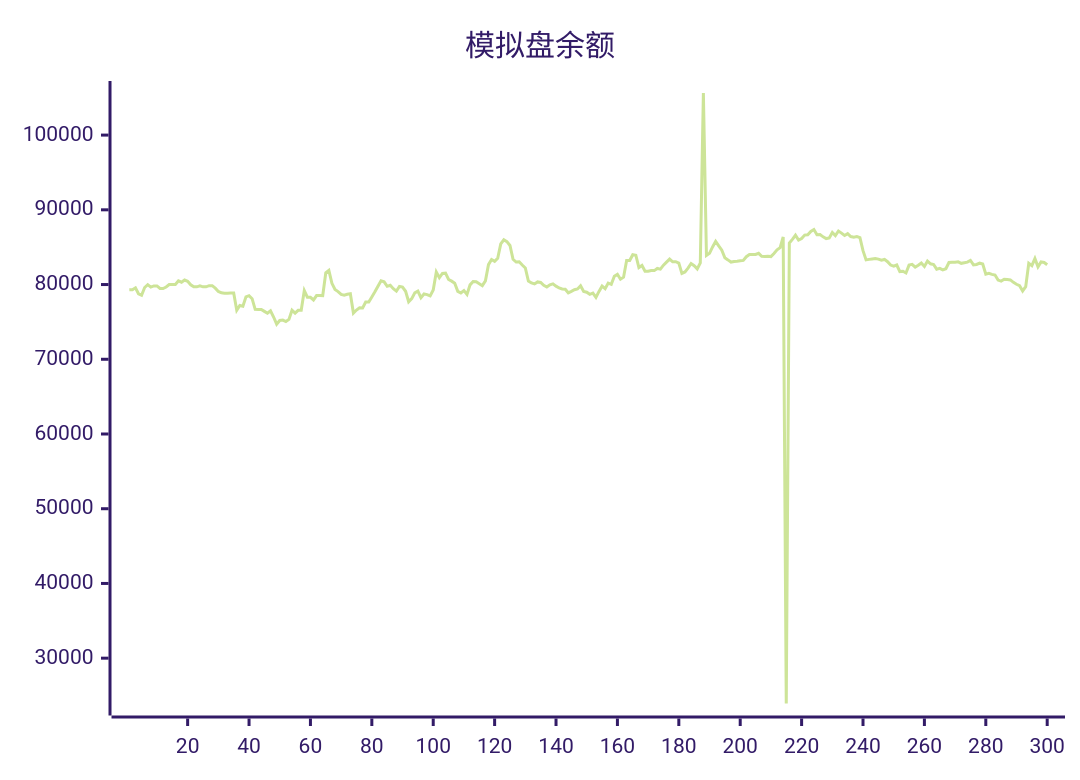
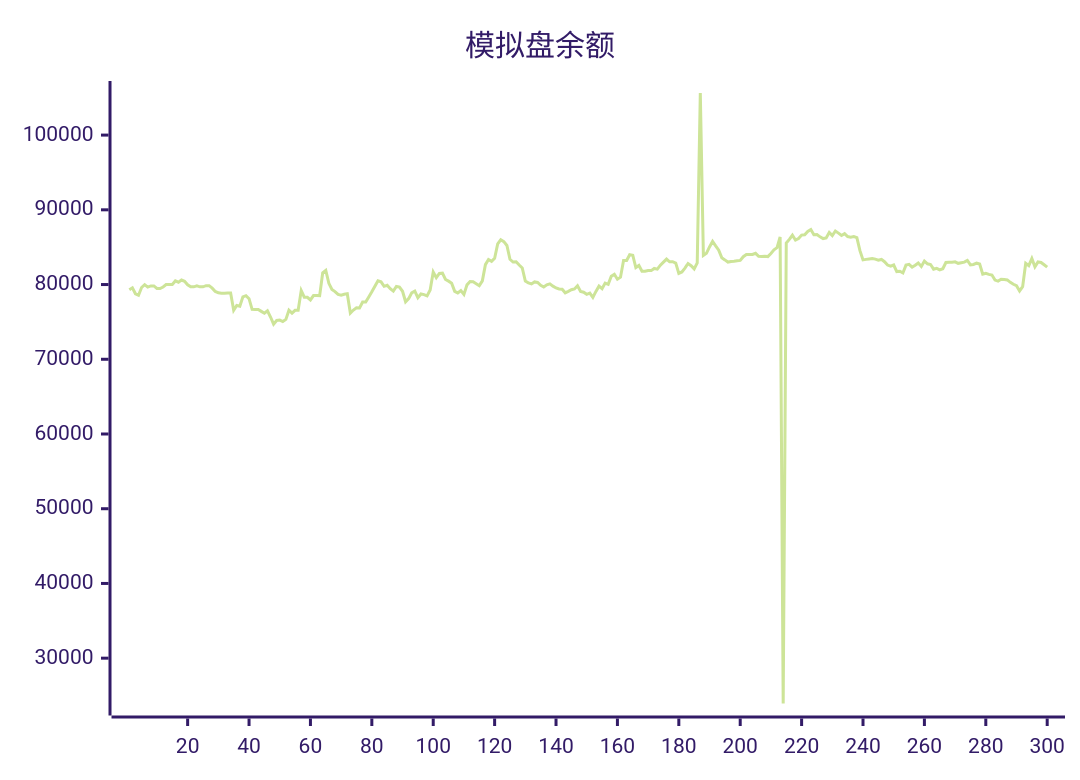
One commit to aahl/ai-trading changed the diagram in README.md. Above: the diagram before and after it, drawn with Mermaid (forest theme). The commit also changed other lines of this file and 1 other file, not shown here.

````diff
--- a/README.md
+++ b/README.md
@@ -5,5 +5,5 @@
 ```mermaid
 xychart
     title "模拟盘余额"
-    line [79290,79308,79567,78763,78563,79603,79988,79652,79813,79813,79476,79469,79673,79995,80015,80015,80486,80314,80600,80436,79966,79689,79689,79819,79692,79692,79850,79850,79518,79071,78889,78850,78850,78878,78878,76554,77202,77103,78357,78510,78106,76678,76677,76672,76411,76159,76485,75656,74695,75197,75246,75052,75334,76564,76179,76553,76551,79196,78300,78300,77944,78531,78531,78521,81564,81884,80160,79335,79055,78675,78580,78708,78764,76179,76586,76902,76876,77658,77669,78346,79023,79769,80497,80366,79761,79896,79448,79126,79749,79658,79097,77695,78114,78888,79126,78249,78738,78653,78478,79271,81680,80923,81488,81527,80681,80455,80190,79084,78879,79193,78686,79954,80403,80374,80118,79848,80491,82665,83351,83098,83525,85430,85983,85737,85221,83378,83014,83043,82613,82216,80477,80208,80081,80348,80277,79894,79670,79965,80093,79786,79542,79406,79371,78893,79087,79304,79406,79841,79072,78978,78696,78846,78272,79085,79787,79442,80198,80031,81120,81379,80718,80985,83214,83212,83993,83921,82270,82547,81776,81776,81866,81866,82158,82061,82596,83000,83408,83041,83050,82858,81503,81691,82188,82812,82517,82092,82901,105633,83898,84180,85030,85781,85178,84604,83569,83298,83008,83093,83107,83175,83228,83729,84025,84017,84019,84177,83775,83762,83785,83738,84160,84639,84939,86370,23934,85548,86046,86599,85942,86161,86622,86664,87115,87369,86666,86685,86384,86152,86243,86969,86548,87164,86885,86566,86809,86427,86348,86417,86273,84538,83299,83369,83430,83490,83404,83270,83362,83056,82605,82459,82614,81734,81788,81551,82598,82702,82320,82580,82878,82426,83139,82778,82686,82056,82166,81963,82110,82951,82983,82984,83038,82838,82915,82998,83235,82642,82682,82858,82746,81396,81512,81362,81277,80600,80461,80699,80673,80616,80288,80038,79836,79142,79722,82837,82533,83480,82366,83032,82960,82654]
+    line [79308,79567,78763,78563,79603,79988,79652,79813,79813,79476,79469,79673,79995,80015,80015,80486,80314,80600,80436,79966,79689,79689,79819,79692,79692,79850,79850,79518,79071,78889,78850,78850,78878,78878,76554,77202,77103,78357,78510,78106,76678,76677,76672,76411,76159,76485,75656,74695,75197,75246,75052,75334,76564,76179,76553,76551,79196,78300,78300,77944,78531,78531,78521,81564,81884,80160,79335,79055,78675,78580,78708,78764,76179,76586,76902,76876,77658,77669,78346,79023,79769,80497,80366,79761,79896,79448,79126,79749,79658,79097,77695,78114,78888,79126,78249,78738,78653,78478,79271,81680,80923,81488,81527,80681,80455,80190,79084,78879,79193,78686,79954,80403,80374,80118,79848,80491,82665,83351,83098,83525,85430,85983,85737,85221,83378,83014,83043,82613,82216,80477,80208,80081,80348,80277,79894,79670,79965,80093,79786,79542,79406,79371,78893,79087,79304,79406,79841,79072,78978,78696,78846,78272,79085,79787,79442,80198,80031,81120,81379,80718,80985,83214,83212,83993,83921,82270,82547,81776,81776,81866,81866,82158,82061,82596,83000,83408,83041,83050,82858,81503,81691,82188,82812,82517,82092,82901,105633,83898,84180,85030,85781,85178,84604,83569,83298,83008,83093,83107,83175,83228,83729,84025,84017,84019,84177,83775,83762,83785,83738,84160,84639,84939,86370,23934,85548,86046,86599,85942,86161,86622,86664,87115,87369,86666,86685,86384,86152,86243,86969,86548,87164,86885,86566,86809,86427,86348,86417,86273,84538,83299,83369,83430,83490,83404,83270,83362,83056,82605,82459,82614,81734,81788,81551,82598,82702,82320,82580,82878,82426,83139,82778,82686,82056,82166,81963,82110,82951,82983,82984,83038,82838,82915,82998,83235,82642,82682,82858,82746,81396,81512,81362,81277,80600,80461,80699,80673,80616,80288,80038,79836,79142,79722,82837,82533,83480,82366,83032,82960,82654,82330]
 ```
````
